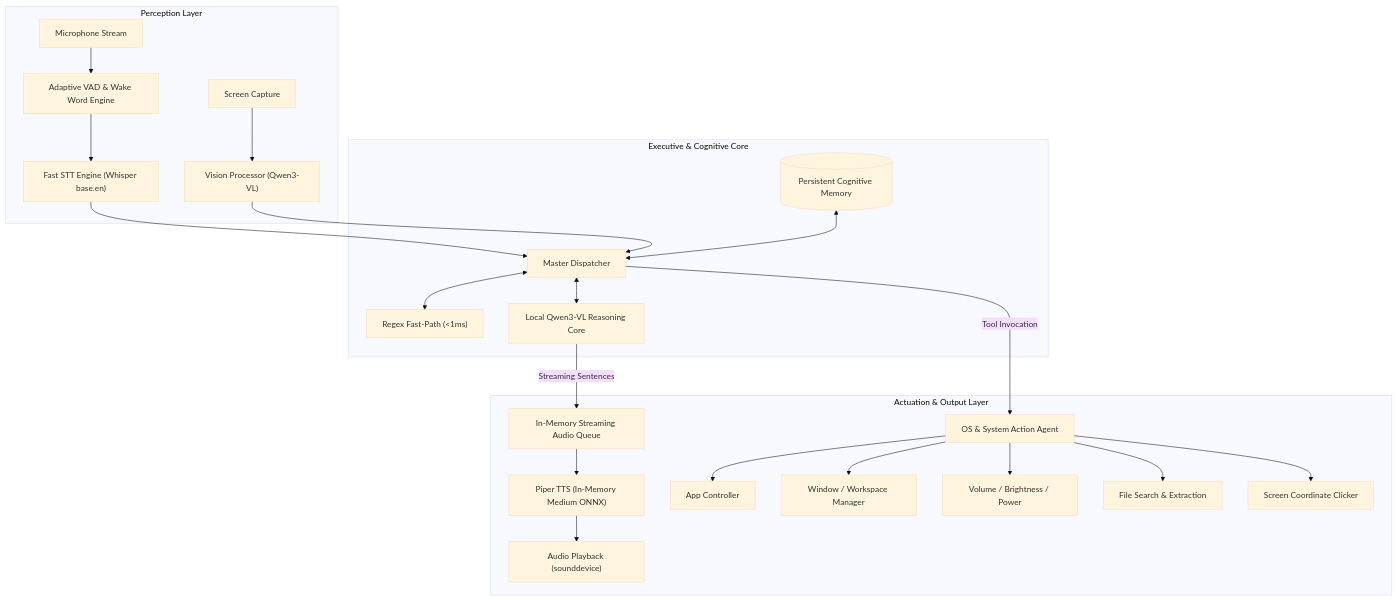
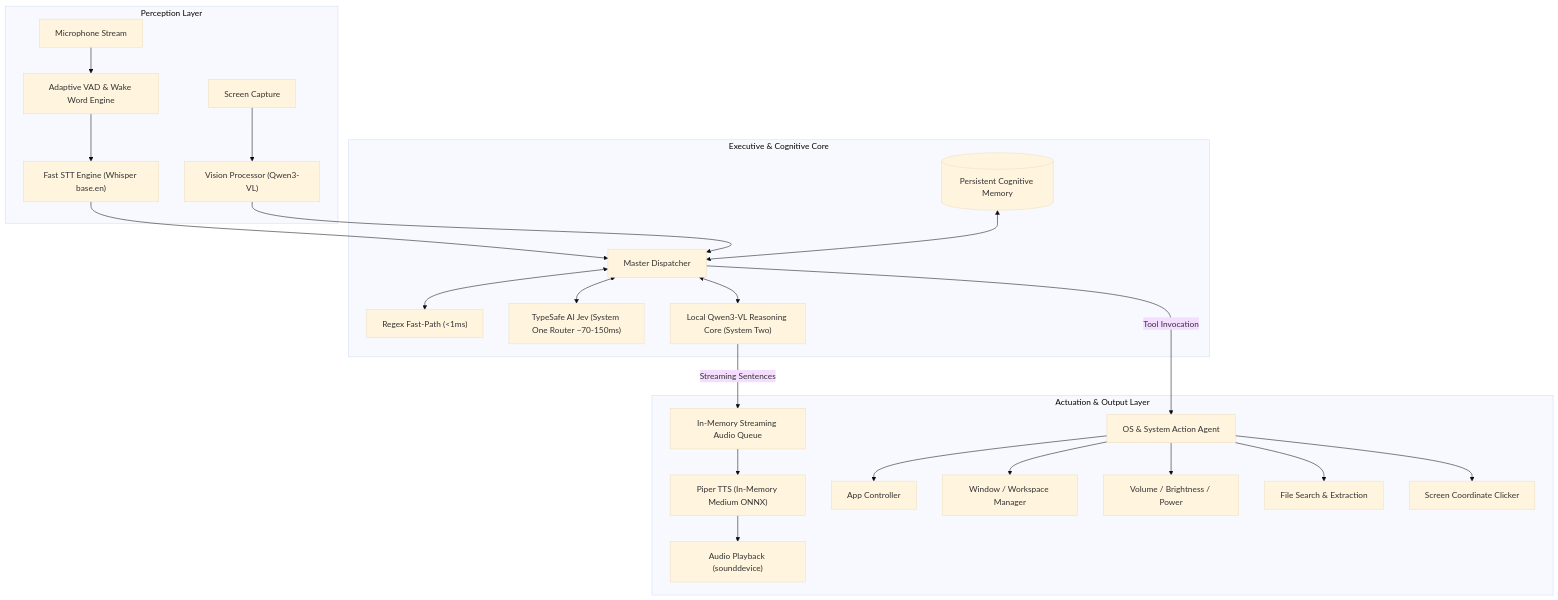
One commit to Visheshj111/alexa changed the diagram in voice-agent-offline/agents.md. Above: the diagram before and after it, drawn with Mermaid (base theme). The commit also changed other lines of this file and 6 other files, not shown here.

Commit message:
feat: integrate TypeSafe AI Jev as System One cognitive decision router

````diff
--- a/voice-agent-offline/agents.md
+++ b/voice-agent-offline/agents.md
@@ -81,29 +81,30 @@
 ```mermaid
 flowchart TD
     subgraph SENSES ["Perception Layer"]
         Mic["Microphone Stream"] --> VAD["Adaptive VAD & Wake Word Engine"]
         VAD --> STT["Fast STT Engine (Whisper base.en)"]
         Screen["Screen Capture"] --> Vision["Vision Processor (Qwen3-VL)"]
     end
 
     subgraph BRAIN ["Executive & Cognitive Core"]
         STT --> Dispatcher["Master Dispatcher"]
         Vision --> Dispatcher
         MemoryStore[("Persistent Cognitive Memory")] <--> Dispatcher
         Dispatcher <--> FastPath["Regex Fast-Path (<1ms)"]
-        Dispatcher <--> QwenLLM["Local Qwen3-VL Reasoning Core"]
+        Dispatcher <--> JevSystemOne["TypeSafe AI Jev (System One Router ~70-150ms)"]
+        Dispatcher <--> QwenLLM["Local Qwen3-VL Reasoning Core (System Two)"]
     end
 
     subgraph ACTUATION ["Actuation & Output Layer"]
         QwenLLM -- "Streaming Sentences" --> TTSQueue["In-Memory Streaming Audio Queue"]
         TTSQueue --> PiperEngine["Piper TTS (In-Memory Medium ONNX)"]
         PiperEngine --> Speaker["Audio Playback (sounddevice)"]
         
         Dispatcher -- "Tool Invocation" --> ToolAgent["OS & System Action Agent"]
         ToolAgent --> Apps["App Controller"]
         ToolAgent --> Win["Window / Workspace Manager"]
         ToolAgent --> Sys["Volume / Brightness / Power"]
         ToolAgent --> Files["File Search & Extraction"]
         ToolAgent --> UI["Screen Coordinate Clicker"]
     end
 ```
````
